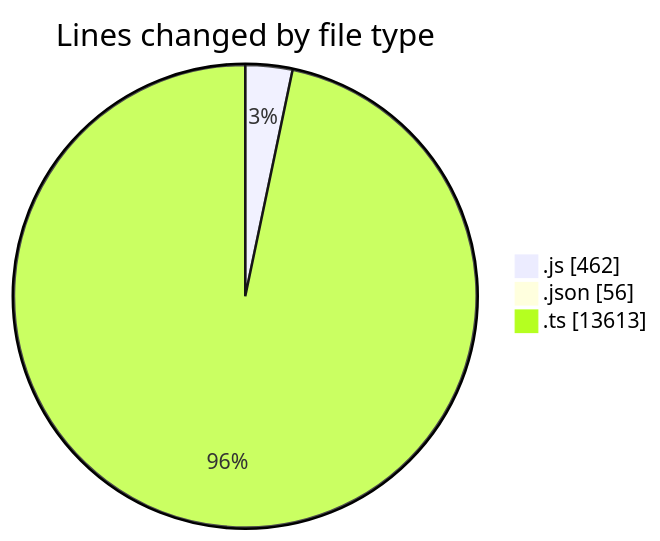
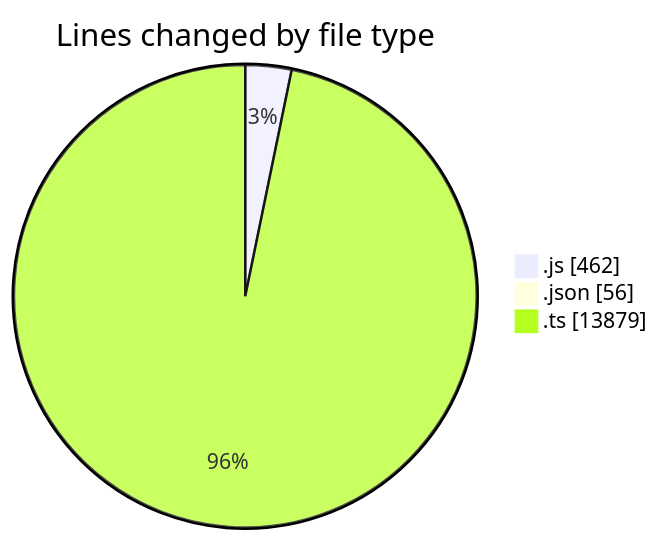
One commit to momahboobian/code-tracking changed the first of 2 diagrams in 2025-09-04/cda/README.md. Above: the diagram before and after it, drawn with Mermaid. The commit also changed other lines of this file and 1 other file, not shown here.

````diff
--- a/2025-09-04/cda/README.md
+++ b/2025-09-04/cda/README.md
@@ -32,7 +32,7 @@
 ```mermaid
 pie showData
 title Lines changed by file type
 ".js" : 462
 ".json" : 56
-".ts" : 13613
+".ts" : 13879
 ```
````
